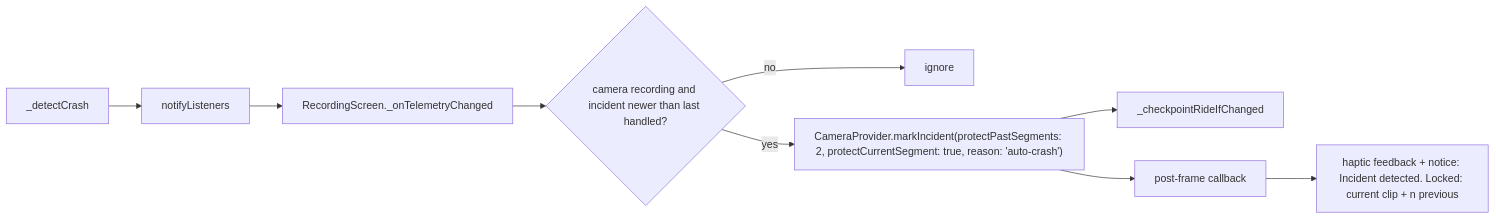
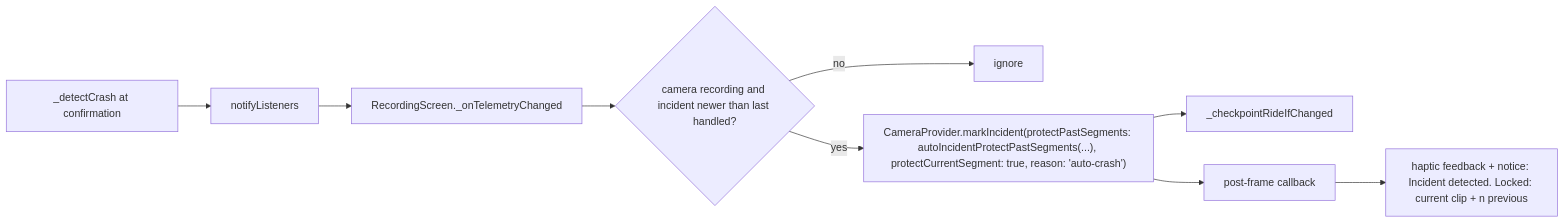
Before and after one commit to Sarthak195/MotoCam: the second of 2 diagrams in docs/telemetry.md, drawn with Mermaid. The commit also changed other lines of this file and 6 other files, not shown here.

````diff
--- a/docs/telemetry.md
+++ b/docs/telemetry.md
@@ -203,11 +220,11 @@
 ```mermaid
 flowchart LR
-    A[_detectCrash] --> B[notifyListeners]
+    A[_detectCrash at confirmation] --> B[notifyListeners]
     B --> C[RecordingScreen._onTelemetryChanged]
     C --> D{camera recording and incident newer than last handled?}
     D -- no --> E[ignore]
-    D -- yes --> G["CameraProvider.markIncident(protectPastSegments: 2, protectCurrentSegment: true, reason: 'auto-crash')"]
+    D -- yes --> G["CameraProvider.markIncident(protectPastSegments: autoIncidentProtectPastSegments(...), protectCurrentSegment: true, reason: 'auto-crash')"]
     G --> H[_checkpointRideIfChanged]
     G --> F[post-frame callback]
     F --> I["haptic feedback + notice: Incident detected. Locked: current clip + n previous"]
 ```
````
